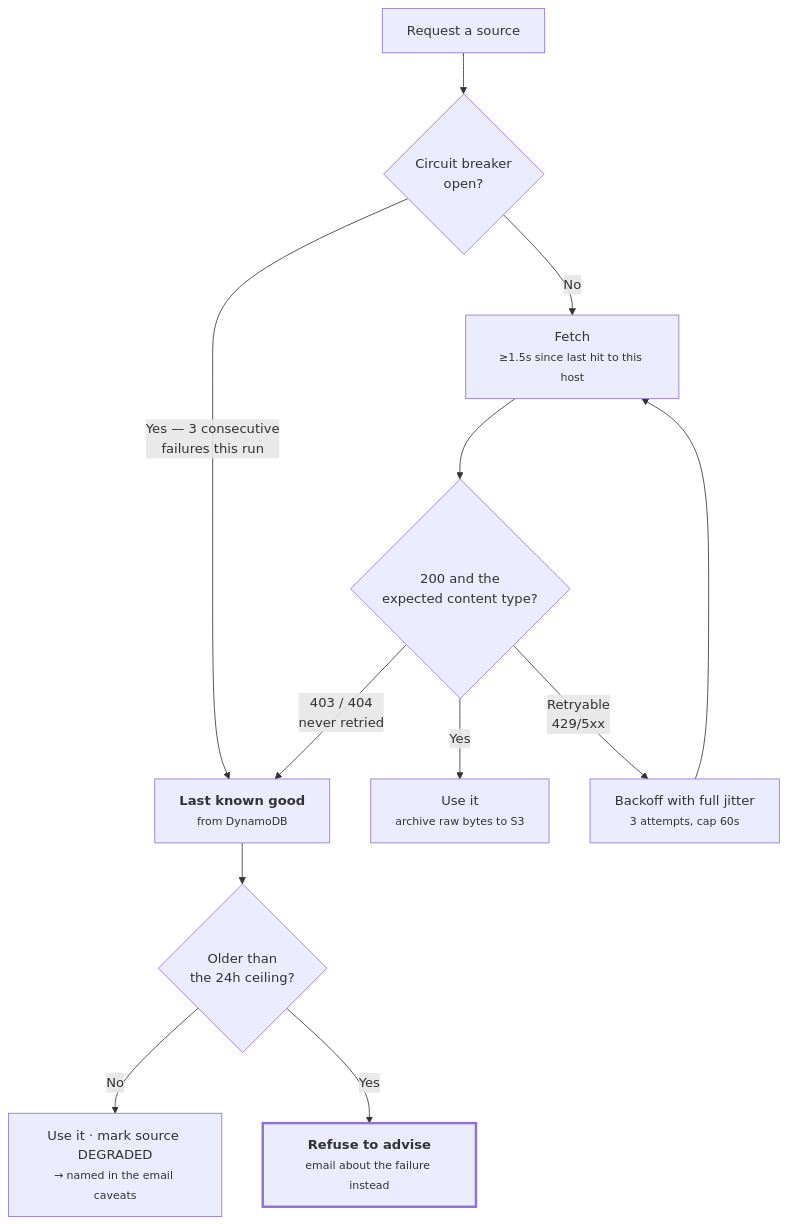
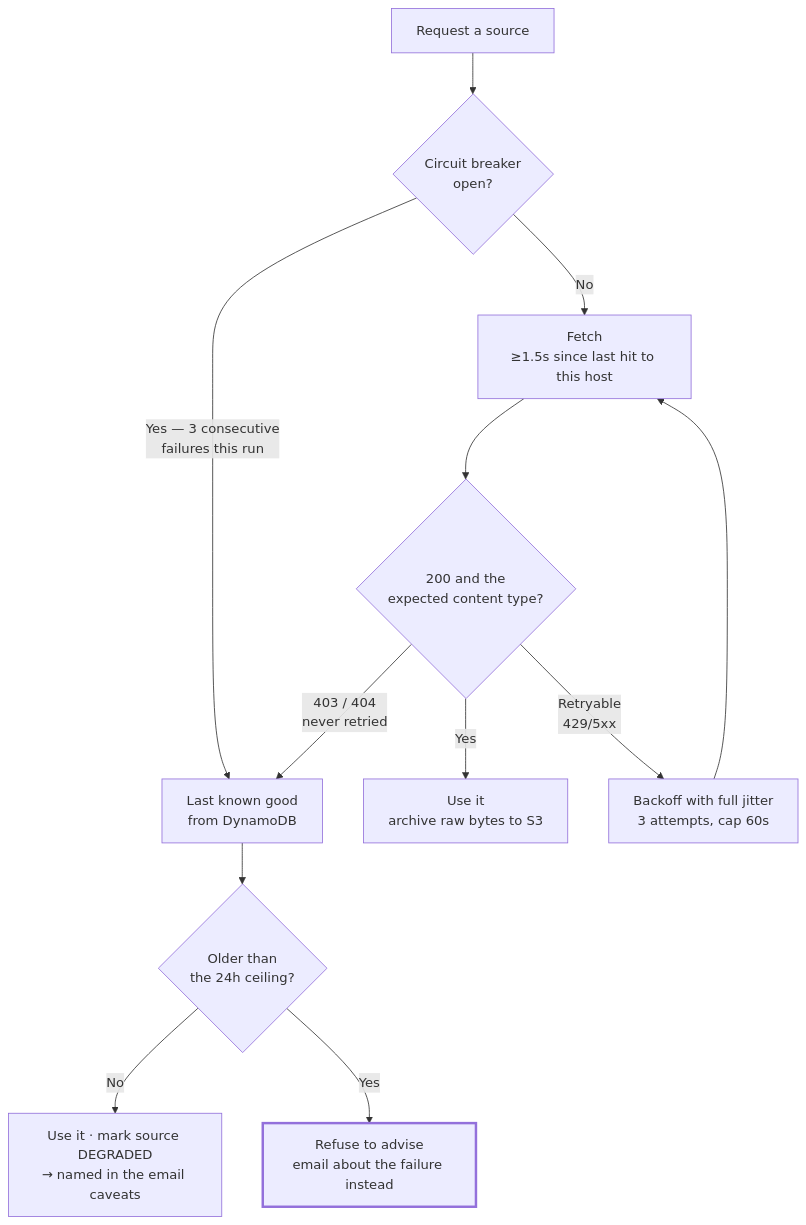
One commit to MasonGallagher/FplBot changed diagram 12 of 12 in docs/DIAGRAMS.md. Above: the diagram before and after it, drawn with Mermaid. The commit also changed other lines of this file and 1 other file, not shown here.

First line of the commit message:
docs: fix diagram labels overflowing their shapes, and cover calibration

````diff
--- a/docs/DIAGRAMS.md
+++ b/docs/DIAGRAMS.md
@@ -406,16 +470,16 @@
 ```mermaid
 flowchart TD
     REQ["Request a source"] --> BRK{"Circuit breaker<br/>open?"}
     BRK -->|"Yes — 3 consecutive<br/>failures this run"| LKG
-    BRK -->|"No"| TRY["Fetch<br/><small>≥1.5s since last hit to this host</small>"]
+    BRK -->|"No"| TRY["Fetch<br/>≥1.5s since last hit to this host"]
     TRY --> OK{"200 and the<br/>expected content type?"}
-    OK -->|"Yes"| USE["Use it<br/><small>archive raw bytes to S3</small>"]
-    OK -->|"Retryable<br/>429/5xx"| RETRY["Backoff with full jitter<br/><small>3 attempts, cap 60s</small>"] --> TRY
+    OK -->|"Yes"| USE["Use it<br/>archive raw bytes to S3"]
+    OK -->|"Retryable<br/>429/5xx"| RETRY["Backoff with full jitter<br/>3 attempts, cap 60s"] --> TRY
     OK -->|"403 / 404<br/>never retried"| LKG
-    LKG["<b>Last known good</b><br/><small>from DynamoDB</small>"] --> AGE{"Older than<br/>the 24h ceiling?"}
-    AGE -->|"No"| DEG["Use it · mark source DEGRADED<br/><small>→ named in the email caveats</small>"]
-    AGE -->|"Yes"| REFUSE["<b>Refuse to advise</b><br/><small>email about the failure instead</small>"]
+    LKG["Last known good<br/>from DynamoDB"] --> AGE{"Older than<br/>the 24h ceiling?"}
+    AGE -->|"No"| DEG["Use it · mark source DEGRADED<br/>→ named in the email caveats"]
+    AGE -->|"Yes"| REFUSE["Refuse to advise<br/>email about the failure instead"]
 
     classDef emphasis stroke-width:3px
     class REFUSE emphasis
 ```
````
